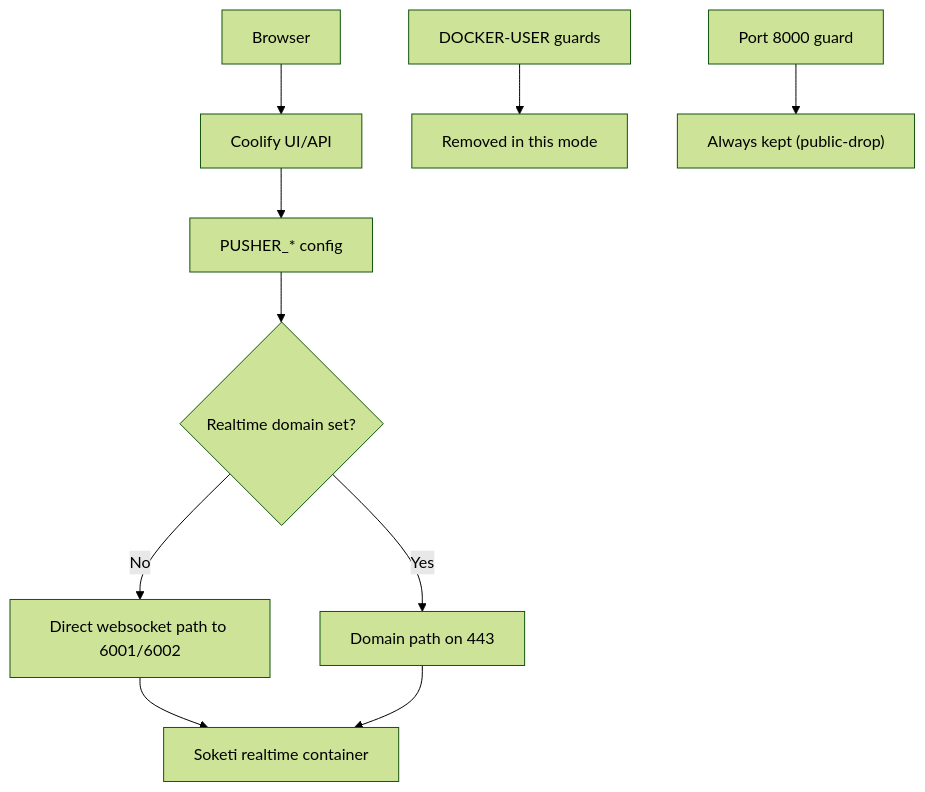
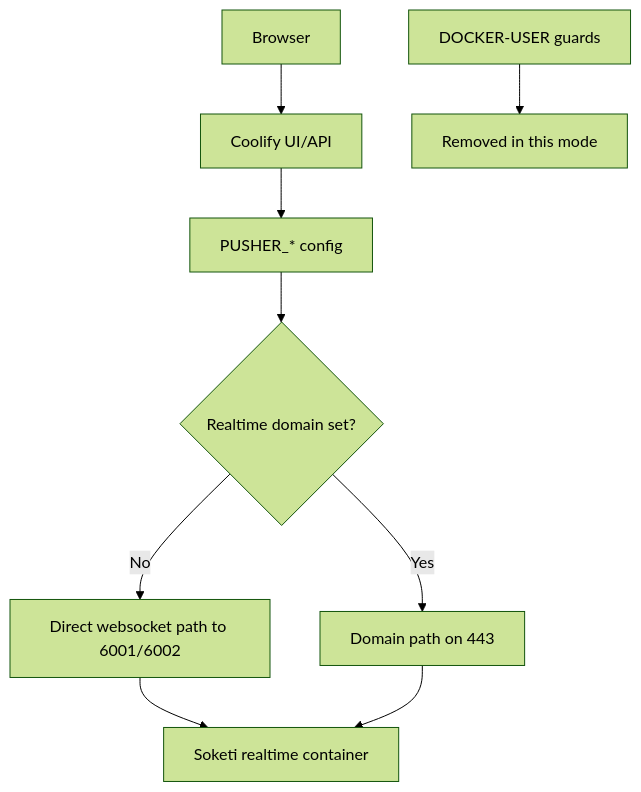
The first of 2 diagrams in docs/vps-coolify-realtime-modes.md (rigu/vps-coolify-bootstrap), drawn with Mermaid (forest theme) before and after one commit. The commit also changed other lines of this file and 9 other files, not shown here.

Commit message:
Align bootstrap/docs to official Coolify onboarding flow

````diff
--- a/docs/vps-coolify-realtime-modes.md
+++ b/docs/vps-coolify-realtime-modes.md
@@ -45,12 +41,11 @@
 ```mermaid
 flowchart TD
   A["Browser"] --> B["Coolify UI/API"]
   B --> C["PUSHER_* config"]
   C --> D{"Realtime domain set?"}
   D -->|No| E["Direct websocket path to 6001/6002"]
   D -->|Yes| F["Domain path on 443"]
   E --> G["Soketi realtime container"]
   F --> G
   H["DOCKER-USER guards"] --> I["Removed in this mode"]
-  J["Port 8000 guard"] --> K["Always kept (public-drop)"]
 ```
````
